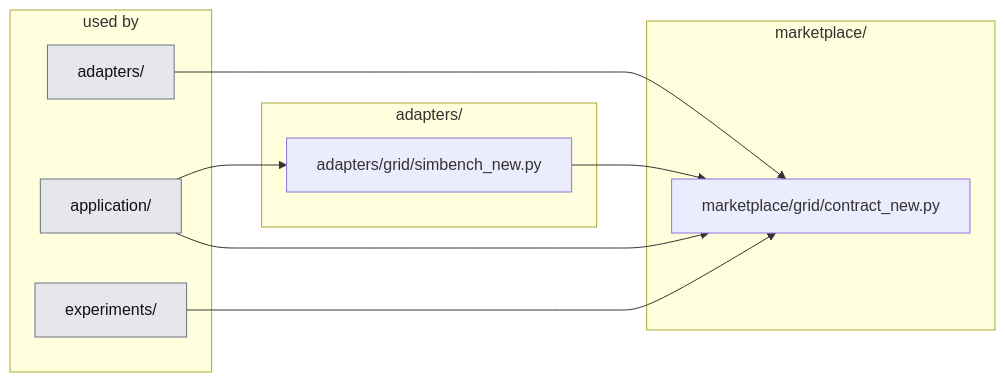
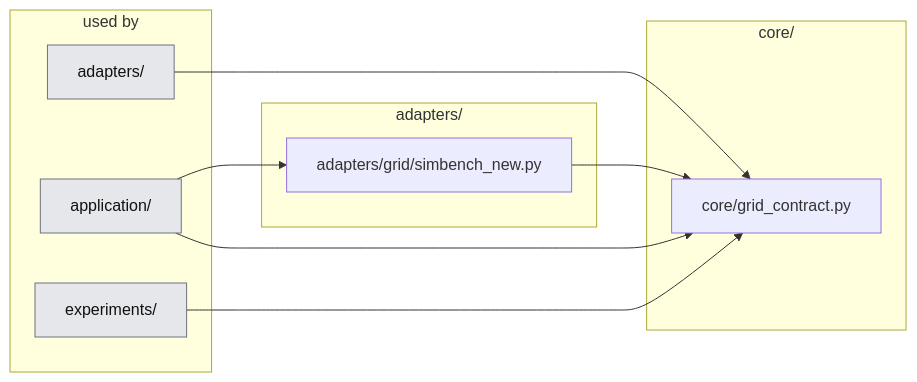
Before and after one commit to KevinRapo/P2P-thesis: the second of 2 diagrams in docs_thesis/thesis/architecture/01-simbench-grid.md, drawn with Mermaid. The commit also changed other lines of this file and 77 other files, not shown here.

````diff
--- a/docs_thesis/thesis/architecture/01-simbench-grid.md
+++ b/docs_thesis/thesis/architecture/01-simbench-grid.md
@@ -67,20 +67,20 @@
 ```mermaid
 flowchart LR
   subgraph USERS["used by"]
     n_adapters__users_["adapters/"]:::ext
     n_application__users_["application/"]:::ext
     n_experiments__users_["experiments/"]:::ext
   end
   subgraph g_adapters["adapters/"]
     n_adapters_grid_simbench_new["adapters/grid/simbench_new.py"]
   end
-  subgraph g_marketplace["marketplace/"]
-    n_marketplace_grid_contract_new["marketplace/grid/contract_new.py"]
+  subgraph g_core["core/"]
+    n_core_grid_contract["core/grid_contract.py"]
   end
-  n_adapters__users_ --> n_marketplace_grid_contract_new
-  n_adapters_grid_simbench_new --> n_marketplace_grid_contract_new
+  n_adapters__users_ --> n_core_grid_contract
+  n_adapters_grid_simbench_new --> n_core_grid_contract
   n_application__users_ --> n_adapters_grid_simbench_new
-  n_application__users_ --> n_marketplace_grid_contract_new
-  n_experiments__users_ --> n_marketplace_grid_contract_new
+  n_application__users_ --> n_core_grid_contract
+  n_experiments__users_ --> n_core_grid_contract
   classDef ext fill:#e5e7eb,stroke:#6b7280,color:#111
 ```
````
